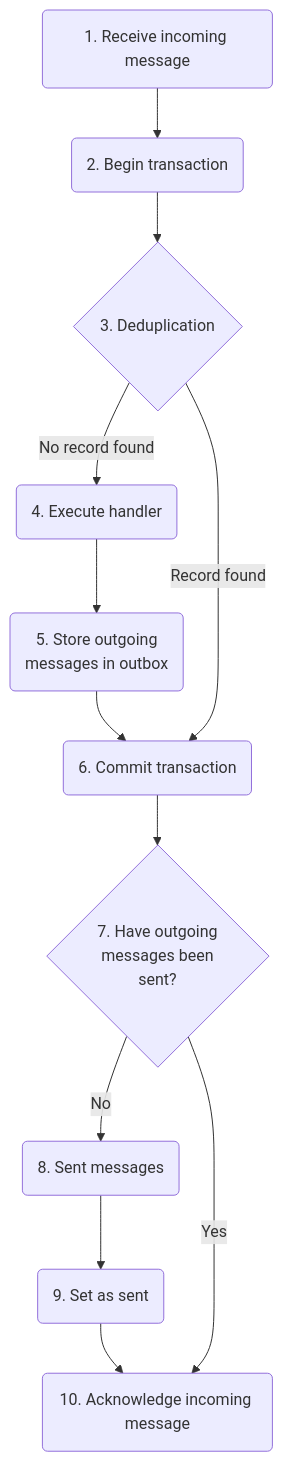
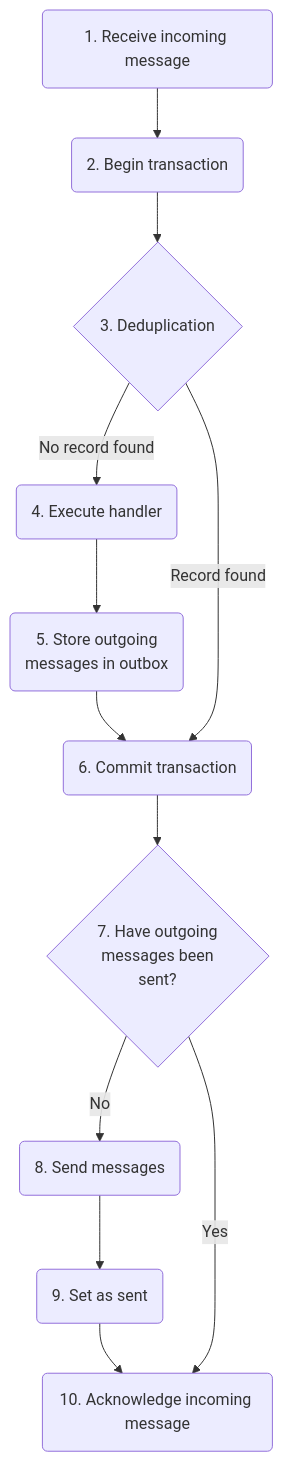
Before and after one commit to Particular/docs.particular.net: the diagram in nservicebus/outbox/index.md, drawn with Mermaid.

Commit message:
Sent -> Send

````diff
--- a/nservicebus/outbox/index.md
+++ b/nservicebus/outbox/index.md
@@ -46,26 +46,26 @@
 ```mermaid
 graph TD
   receiveMessage(1. Receive incoming message)
   createTx(2. Begin transaction)
   dedupe{3. Deduplication}
   handler(4. Execute handler)
   storeOutbox(5. Store outgoing<br/>messages in outbox)
   commitTx(6. Commit transaction)
   areSent{7. Have outgoing<br/>messages been<br/>sent?}
-  send(8. Sent messages)
+  send(8. Send messages)
   updateOutbox(9. Set as sent)
   ack(10. Acknowledge incoming message)
 
   receiveMessage-->createTx
   createTx-->dedupe
   dedupe-- No record found -->handler
   handler-->storeOutbox
   storeOutbox-->commitTx
   commitTx-->areSent
   send-->updateOutbox
   updateOutbox-->ack
 
   dedupe-- Record found -->commitTx
   areSent-- No -->send
   areSent-- Yes -->ack
 ```
````
